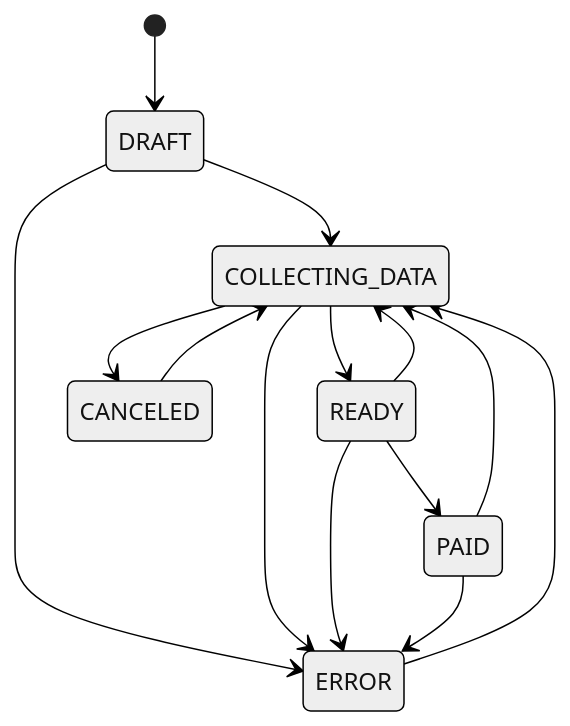
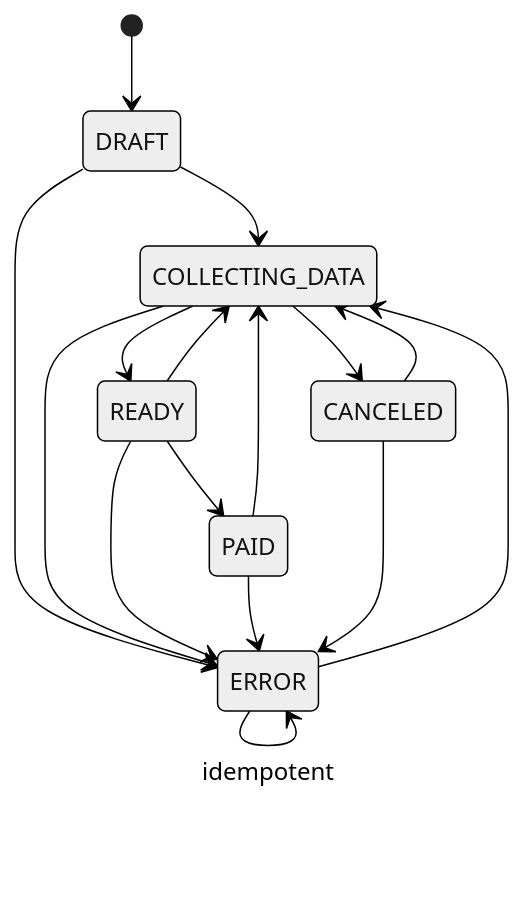
Before and after one commit to findog-app/findog-ledger: the diagram in docs/obligation-lifecycle.md, drawn with Mermaid (neutral theme). The commit also changed other lines of this file and 6 other files, not shown here.

````diff
--- a/docs/obligation-lifecycle.md
+++ b/docs/obligation-lifecycle.md
@@ -20,16 +20,18 @@
 ```mermaid
 stateDiagram-v2
     [*] --> DRAFT
     DRAFT --> COLLECTING_DATA
     DRAFT --> ERROR
     COLLECTING_DATA --> READY
     COLLECTING_DATA --> CANCELED
     COLLECTING_DATA --> ERROR
     READY --> PAID
     READY --> COLLECTING_DATA
     READY --> ERROR
     PAID --> COLLECTING_DATA
     PAID --> ERROR
     CANCELED --> COLLECTING_DATA
+    CANCELED --> ERROR
+    ERROR --> ERROR: idempotent
     ERROR --> COLLECTING_DATA
 ```
````
